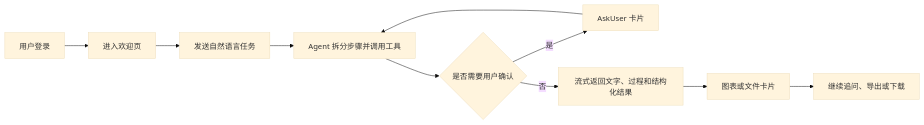
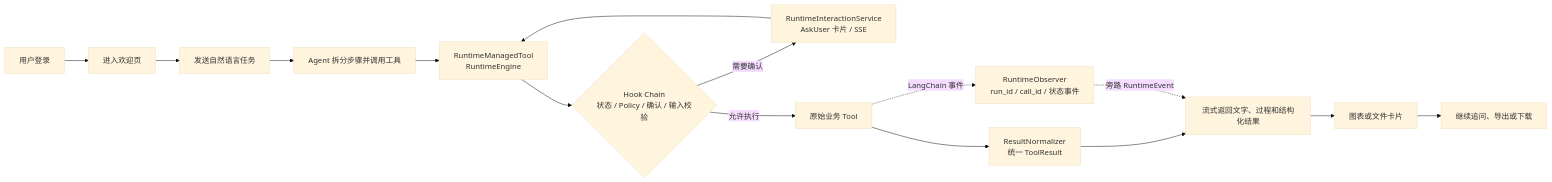
The first of 4 diagrams in README.md (yke6519-droid/SOLVIA), drawn with Mermaid (base theme) before and after one commit. The commit also changed other lines of this file, not shown here.

Commit message:
更新了Runtime层的架构图

````diff
--- a/README.md
+++ b/README.md
@@ -28,12 +28,17 @@
 ```mermaid
 flowchart LR
     U["用户登录"] --> H["进入欢迎页"]
     H --> S["发送自然语言任务"]
     S --> A["Agent 拆分步骤并调用工具"]
-    A --> Q{"是否需要用户确认"}
-    Q -- "是" --> C["AskUser 卡片"]
-    C --> A
-    Q -- "否" --> R["流式返回文字、过程和结构化结果"]
+    A --> RT["RuntimeManagedTool<br/>RuntimeEngine"]
+    RT --> HC{"Hook Chain<br/>状态 / Policy / 确认 / 输入校验"}
+    HC -- "需要确认" --> C["RuntimeInteractionService<br/>AskUser 卡片 / SSE"]
+    C --> RT
+    HC -- "允许执行" --> T["原始业务 Tool"]
+    T --> N["ResultNormalizer<br/>统一 ToolResult"]
+    N --> R["流式返回文字、过程和结构化结果"]
+    T -. "LangChain 事件" .-> O["RuntimeObserver<br/>run_id / call_id / 状态事件"]
+    O -. "旁路 RuntimeEvent" .-> R
     R --> P["图表或文件卡片"]
     P --> F["继续追问、导出或下载"]
 ```
````
